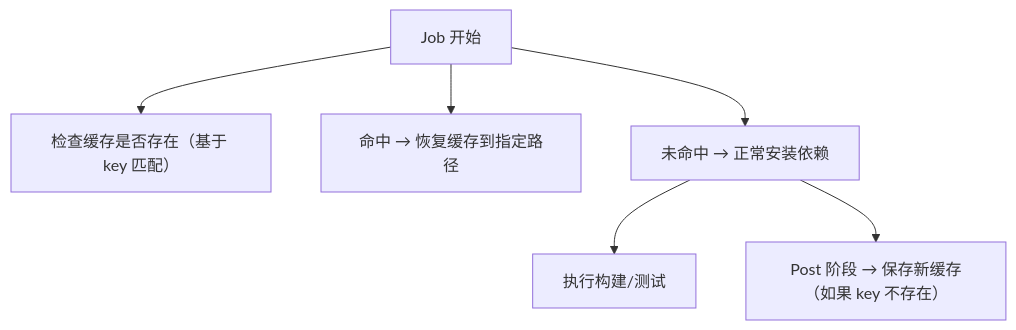
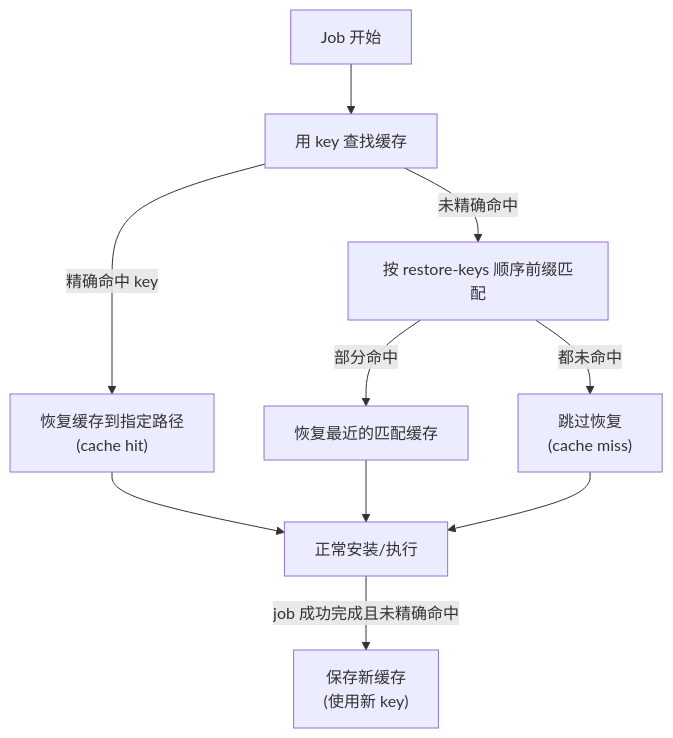
Before and after one commit to complexInG/FANDEX: the diagram in cnt-content/full/004-github/033-ActionsCacheDependency.md, drawn with Mermaid. The commit also changed other lines of this file and 219 other files, not shown here.

````diff
--- a/cnt-content/full/004-github/033-ActionsCacheDependency.md
+++ b/cnt-content/full/004-github/033-ActionsCacheDependency.md
@@ -22,14 +60,12 @@
 ```mermaid
 flowchart TD
-    T0["Job 开始"]
-    T1["检查缓存是否存在（基于 key 匹配）"]
-    T2["命中 → 恢复缓存到指定路径"]
-    T3["未命中 → 正常安装依赖"]
-    T4["执行构建/测试"]
-    T5["Post 阶段 → 保存新缓存（如果 key 不存在）"]
-    T0 --> T1
-    T0 --> T2
-    T0 --> T3
-    T3 --> T4
-    T3 --> T5
+    T0["Job 开始"] --> T1["用 key 查找缓存"]
+    T1 -->|"精确命中 key"| T2["恢复缓存到指定路径<br/>(cache hit)"]
+    T1 -->|"未精确命中"| T3["按 restore-keys 顺序前缀匹配"]
+    T3 -->|"部分命中"| T4["恢复最近的匹配缓存"]
+    T3 -->|"都未命中"| T5["跳过恢复<br/>(cache miss)"]
+    T2 --> T6["正常安装/执行"]
+    T4 --> T6
+    T5 --> T6
+    T6 -->|"job 成功完成且未精确命中"| T7["保存新缓存<br/>(使用新 key)"]
 ```
````
